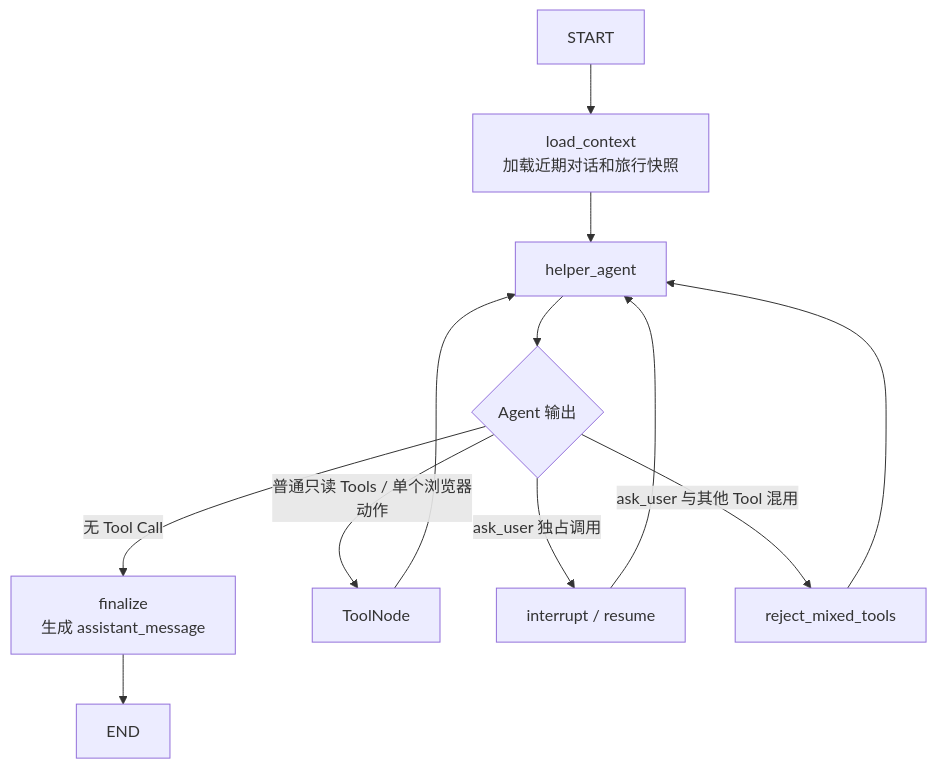
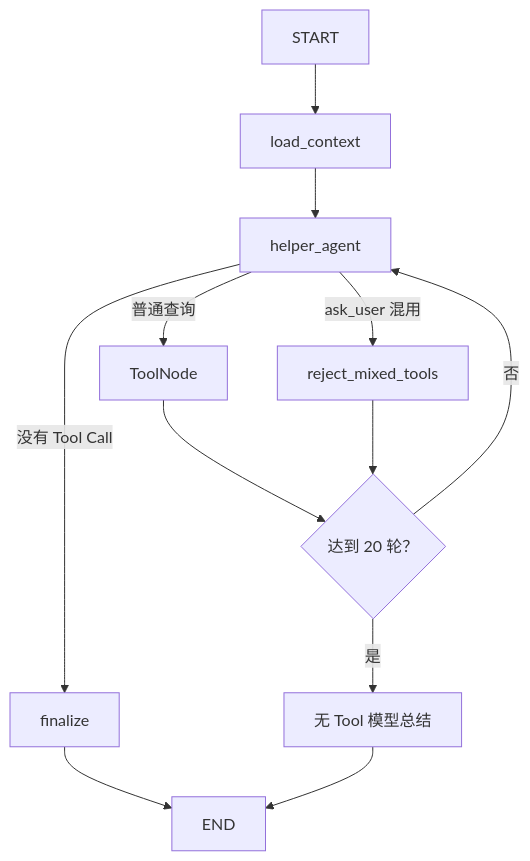
One commit to qinghuan136/tourism-agent changed the diagram in docs/helper-subgraph-design.md. Above: the diagram before and after it, drawn with Mermaid. The commit also changed other lines of this file and 18 other files, not shown here.

````diff
--- a/docs/helper-subgraph-design.md
+++ b/docs/helper-subgraph-design.md
@@ -354,16 +86,14 @@
 ```mermaid
 flowchart TD
-    START --> LOAD["load_context<br/>加载近期对话和旅行快照"]
+    START --> LOAD["load_context"]
     LOAD --> AGENT["helper_agent"]
-
-    AGENT --> ROUTE{"Agent 输出"}
-    ROUTE -->|"无 Tool Call"| FINALIZE["finalize<br/>生成 assistant_message"]
-    ROUTE -->|"普通只读 Tools / 单个浏览器动作"| TOOLS["ToolNode"]
-    ROUTE -->|"ask_user 独占调用"| ASK["interrupt / resume"]
-    ROUTE -->|"ask_user 与其他 Tool 混用"| REJECT["reject_mixed_tools"]
-
-    TOOLS --> AGENT
-    ASK --> AGENT
-    REJECT --> AGENT
+    AGENT -->|"没有 Tool Call"| FINALIZE["finalize"]
+    AGENT -->|"普通查询"| TOOLS["ToolNode"]
+    AGENT -->|"ask_user 混用"| REJECT["reject_mixed_tools"]
+    TOOLS --> LIMIT{"达到 20 轮？"}
+    REJECT --> LIMIT
+    LIMIT -->|"否"| AGENT
+    LIMIT -->|"是"| FORCE["无 Tool 模型总结"]
     FINALIZE --> END
+    FORCE --> END
 ```
````
